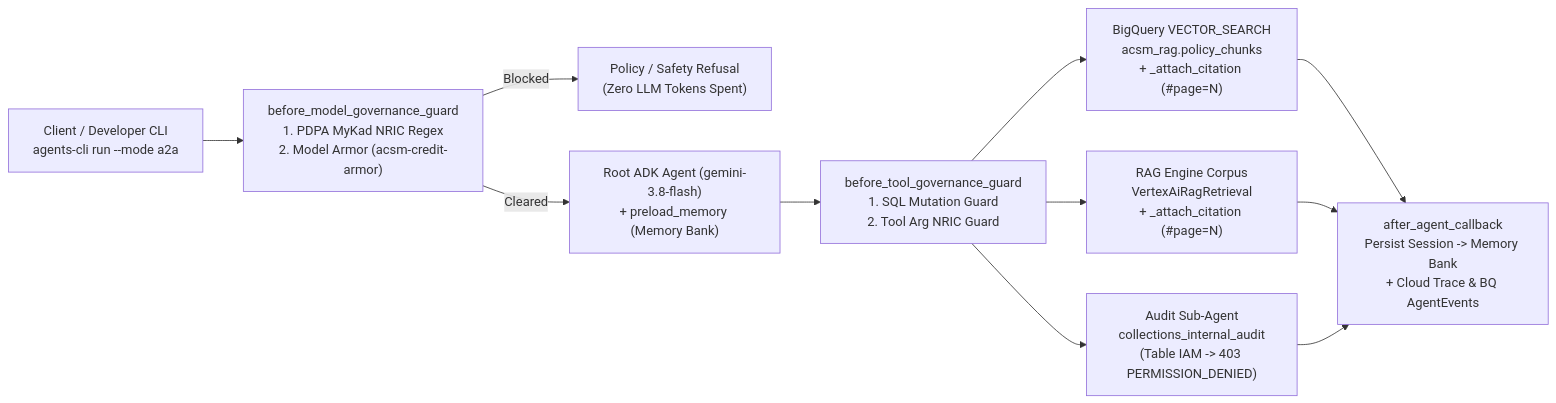
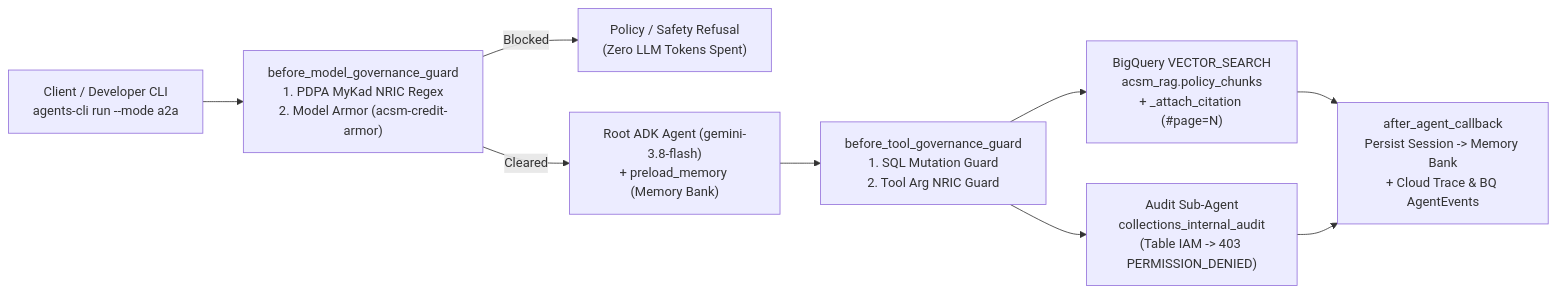
Before and after one commit to jackychoo-g/acsm-agent-workshop: the diagram in README.md, drawn with Mermaid. The commit also changed other lines of this file and 23 other files, not shown here.

First line of the commit message:
Remove RAG Engine backend; BigQuery vector search only

````diff
--- a/README.md
+++ b/README.md
@@ -15,11 +15,10 @@
 ```mermaid
 flowchart LR
     U["Client / Developer CLI<br/>agents-cli run --mode a2a"] --> G1["before_model_governance_guard<br/>1. PDPA MyKad NRIC Regex<br/>2. Model Armor (acsm-credit-armor)"]
     G1 -->|"Blocked"| B1["Policy / Safety Refusal<br/>(Zero LLM Tokens Spent)"]
     G1 -->|"Cleared"| A["Root ADK Agent (gemini-3.8-flash)<br/>+ preload_memory (Memory Bank)"]
     A --> G2["before_tool_governance_guard<br/>1. SQL Mutation Guard<br/>2. Tool Arg NRIC Guard"]
     G2 --> T1["BigQuery VECTOR_SEARCH<br/>acsm_rag.policy_chunks<br/>+ _attach_citation (#page=N)"]
-    G2 --> T2["RAG Engine Corpus<br/>VertexAiRagRetrieval<br/>+ _attach_citation (#page=N)"]
     G2 --> T3["Audit Sub-Agent<br/>collections_internal_audit<br/>(Table IAM -> 403 PERMISSION_DENIED)"]
-    T1 & T2 & T3 --> M["after_agent_callback<br/>Persist Session -> Memory Bank<br/>+ Cloud Trace & BQ AgentEvents"]
+    T1 & T3 --> M["after_agent_callback<br/>Persist Session -> Memory Bank<br/>+ Cloud Trace & BQ AgentEvents"]
 ```
````
